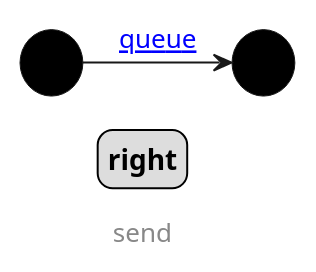
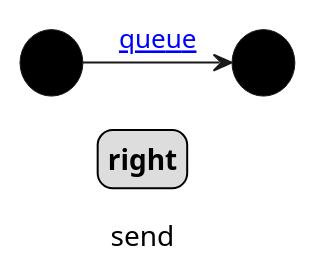
The diagram in diagrams/queue-example/right-send.puml (pavetok/pavetok.github.io), drawn with PlantUML before and after one commit. The commit also changed 33 other files, not shown here.

```diff
--- a/diagrams/queue-example/right-send.puml
+++ b/diagrams/queue-example/right-send.puml
@@ -1,24 +1,24 @@
 @startuml
 skinparam card {
     BorderThickness 0.5
     BackgroundColor 0
     RoundCorner 50
     FontSize 20
 }
 
 skinparam legend {
     FontStyle bold
 }
 
 skinparam footer {
     FontSize 13
 }
 
 card "×" as s1
 card 1 as s2
 
 s1 -> s2: [[/work/transaction-types/queue-example/diagrams/queue-client/{queue} queue]]
 
 legend right
-footer send
+caption send
 @enduml
```
